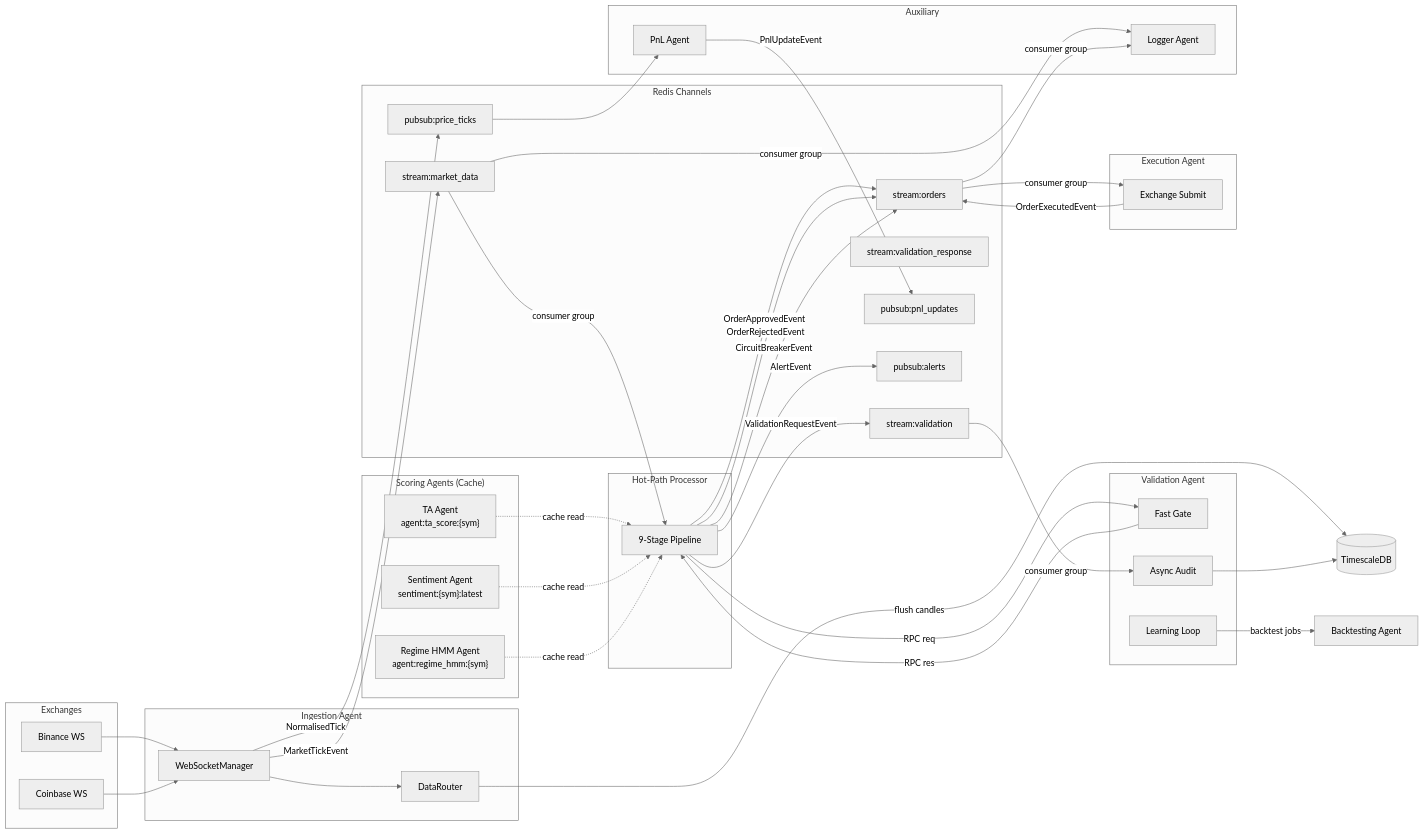
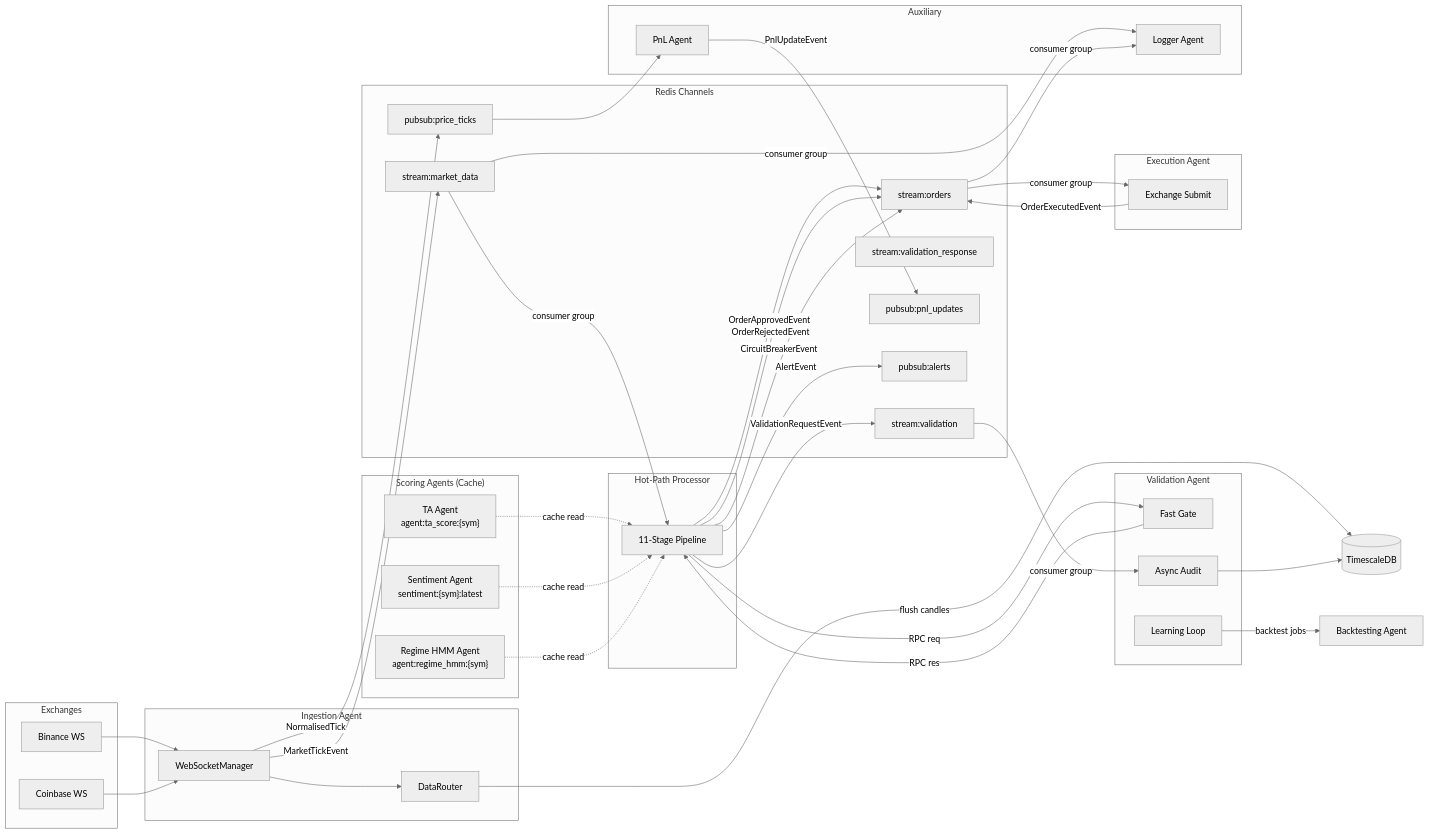
Before and after one commit to stephenmt25/agentic-trading-platform: the first of 3 diagrams in docs/event-system.md, drawn with Mermaid (neutral theme). The commit also changed other lines of this file and 15 other files, not shown here.

````diff
--- a/docs/event-system.md
+++ b/docs/event-system.md
@@ -493,82 +493,82 @@
 ```mermaid
 flowchart LR
     subgraph Exchanges
         BIN[Binance WS]
         CB[Coinbase WS]
     end
 
     subgraph "Ingestion Agent"
         WSM[WebSocketManager]
         DR[DataRouter]
     end
 
     subgraph "Redis Channels"
         SMD["stream:market_data"]
         SO["stream:orders"]
         SV["stream:validation"]
         SVR["stream:validation_response"]
         PPT["pubsub:price_ticks"]
         PPU["pubsub:pnl_updates"]
         PA["pubsub:alerts"]
     end
 
     subgraph "Scoring Agents (Cache)"
         TA["TA Agent<br/>agent:ta_score:{sym}"]
         SENT["Sentiment Agent<br/>sentiment:{sym}:latest"]
         HMM["Regime HMM Agent<br/>agent:regime_hmm:{sym}"]
     end
 
     subgraph "Hot-Path Processor"
-        HP[9-Stage Pipeline]
+        HP[11-Stage Pipeline]
     end
 
     subgraph "Validation Agent"
         FG[Fast Gate]
         AA[Async Audit]
         LL[Learning Loop]
     end
 
     subgraph "Execution Agent"
         EX[Exchange Submit]
     end
 
     subgraph "Auxiliary"
         PNL[PnL Agent]
         LOG[Logger Agent]
     end
 
     BIN --> WSM
     CB --> WSM
     WSM --> DR
     DR -->|flush candles| DB[(TimescaleDB)]
     WSM -->|MarketTickEvent| SMD
     WSM -->|NormalisedTick| PPT
 
     SMD -->|consumer group| HP
     SMD -->|consumer group| LOG
 
     TA -.->|cache read| HP
     SENT -.->|cache read| HP
     HMM -.->|cache read| HP
 
     HP -->|RPC req| FG
     FG -->|RPC res| HP
     HP -->|OrderApprovedEvent| SO
     HP -->|OrderRejectedEvent| SO
     HP -->|CircuitBreakerEvent| SO
     HP -->|ValidationRequestEvent| SV
     HP -->|AlertEvent| PA
 
     SV -->|consumer group| AA
     AA --> DB
 
     SO -->|consumer group| EX
     SO -->|consumer group| LOG
 
     EX -->|OrderExecutedEvent| SO
 
     PPT --> PNL
     PNL -->|PnlUpdateEvent| PPU
 
     LL -->|backtest jobs| BT[Backtesting Agent]
 ```
````
